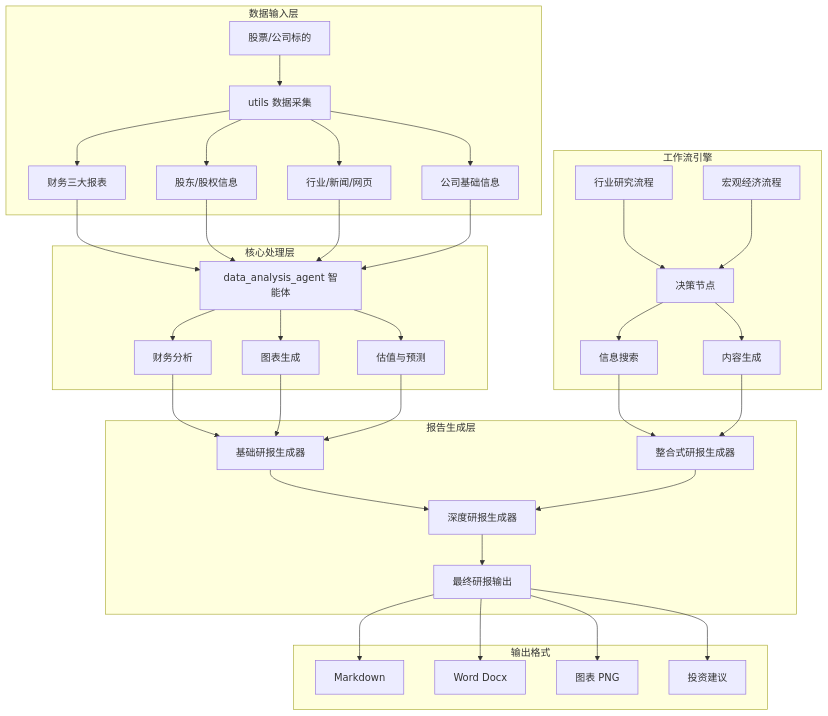
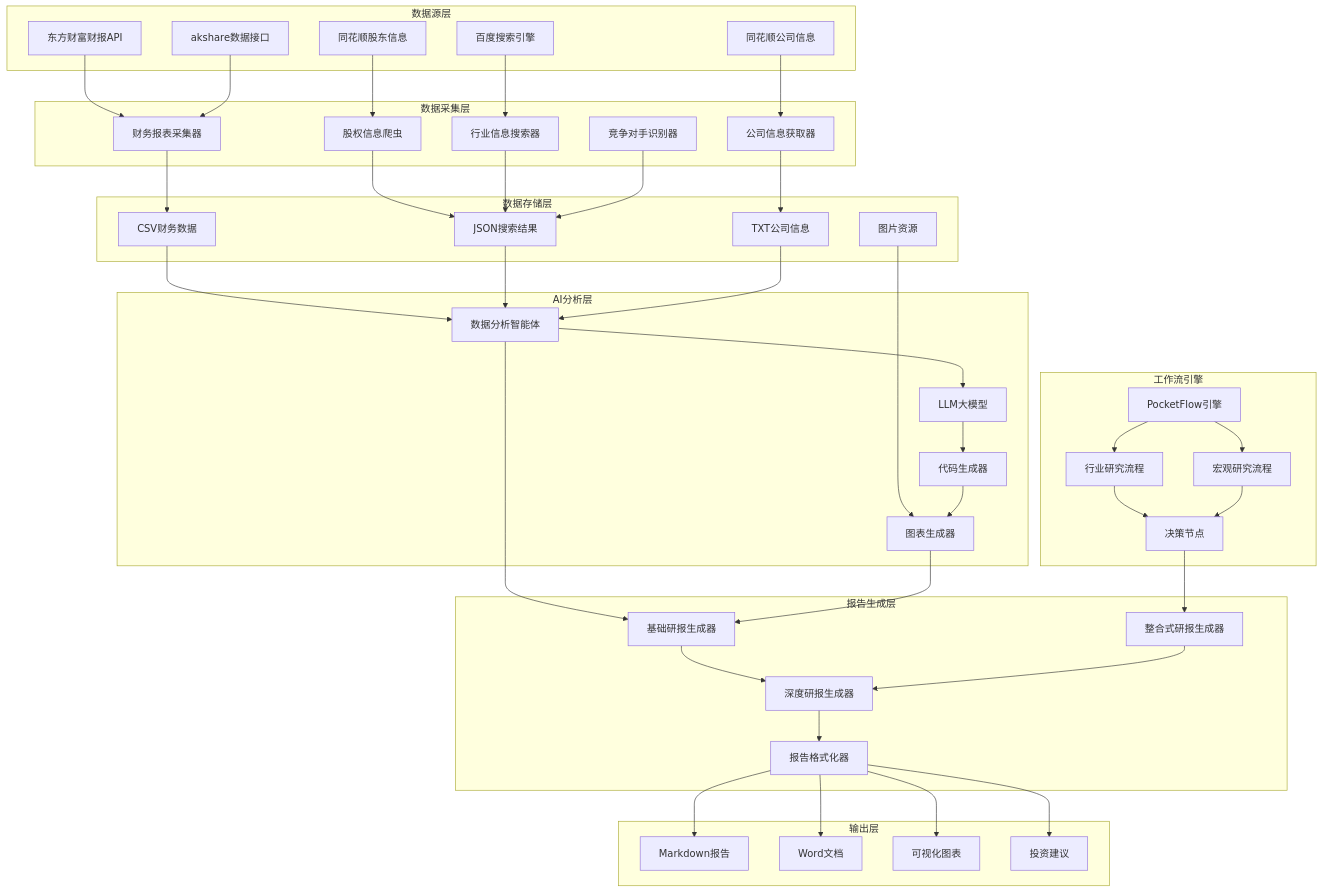
The first of 3 diagrams in README.md (sheng-qiang-you-xia/Automatic-generation-of-company-research-reports), drawn with Mermaid before and after one commit. The commit also changed other lines of this file, not shown here.

Commit message:
修复部分bug

````diff
--- a/README.md
+++ b/README.md
@@ -48,45 +50,91 @@
 ```mermaid
-graph TB
-  subgraph 数据输入层
-    A[股票/公司标的] --> B[utils 数据采集]
-    B --> C[财务三大报表]
-    B --> D[股东/股权信息]
-    B --> E[行业/新闻/网页]
-    B --> F[公司基础信息]
-  end
+flowchart TD
+    subgraph "数据源层"
+        A1[东方财富财报API]
+        A2[同花顺股东信息]
+        A3[同花顺公司信息]
+        A4[百度搜索引擎]
+        A5[akshare数据接口]
+    end
 
-  subgraph 核心处理层
-    C --> G[data_analysis_agent 智能体]
-    D --> G
-    E --> G
-    F --> G
-    G --> H[财务分析]
-    G --> I[图表生成]
-    G --> J[估值与预测]
-  end
+    subgraph "数据采集层"
+        B1[财务报表采集器]
+        B2[股权信息爬虫]
+        B3[公司信息获取器]
+        B4[行业信息搜索器]
+        B5[竞争对手识别器]
+    end
 
-  subgraph 工作流引擎
-    K[行业研究流程] --> L[决策节点]
-    M[宏观经济流程] --> L
-    L --> N[信息搜索]
-    L --> O[内容生成]
-  end
+    subgraph "数据存储层"
+        C1[CSV财务数据]
+        C2[JSON搜索结果]
+        C3[TXT公司信息]
+        C4[图片资源]
+    end
 
-  subgraph 报告生成层
-    H --> P[基础研报生成器]
-    I --> P
-    J --> P
-    N --> Q[整合式研报生成器]
-    O --> Q
-    P --> R[深度研报生成器]
-    Q --> R
-    R --> S[最终研报输出]
-  end
+    subgraph "AI分析层"
+        D1[数据分析智能体]
+        D2[LLM大模型]
+        D3[代码生成器]
+        D4[图表生成器]
+    end
 
-  subgraph 输出格式
-    S --> T[Markdown]
-    S --> U[Word Docx]
-    S --> V[图表 PNG]
-    S --> W[投资建议]
-  end
+    subgraph "工作流引擎"
+        E1[PocketFlow引擎]
+        E2[行业研究流程]
+        E3[宏观研究流程]
+        E4[决策节点]
+    end
+
+    subgraph "报告生成层"
+        F1[基础研报生成器]
+        F2[整合式研报生成器]
+        F3[深度研报生成器]
+        F4[报告格式化器]
+    end
+
+    subgraph "输出层"
+        G1[Markdown报告]
+        G2[Word文档]
+        G3[可视化图表]
+        G4[投资建议]
+    end
+
+    A1 --> B1
+    A2 --> B2
+    A3 --> B3
+    A4 --> B4
+    A5 --> B1
+
+    B1 --> C1
+    B2 --> C2
+    B3 --> C3
+    B4 --> C2
+    B5 --> C2
+
+    C1 --> D1
+    C2 --> D1
+    C3 --> D1
+    C4 --> D4
+
+    D1 --> D2
+    D2 --> D3
+    D3 --> D4
+
+    E1 --> E2
+    E1 --> E3
+    E2 --> E4
+    E3 --> E4
+
+    D1 --> F1
+    D4 --> F1
+    E4 --> F2
+    F1 --> F3
+    F2 --> F3
+    F3 --> F4
+
+    F4 --> G1
+    F4 --> G2
+    F4 --> G3
+    F4 --> G4
 ```
````
